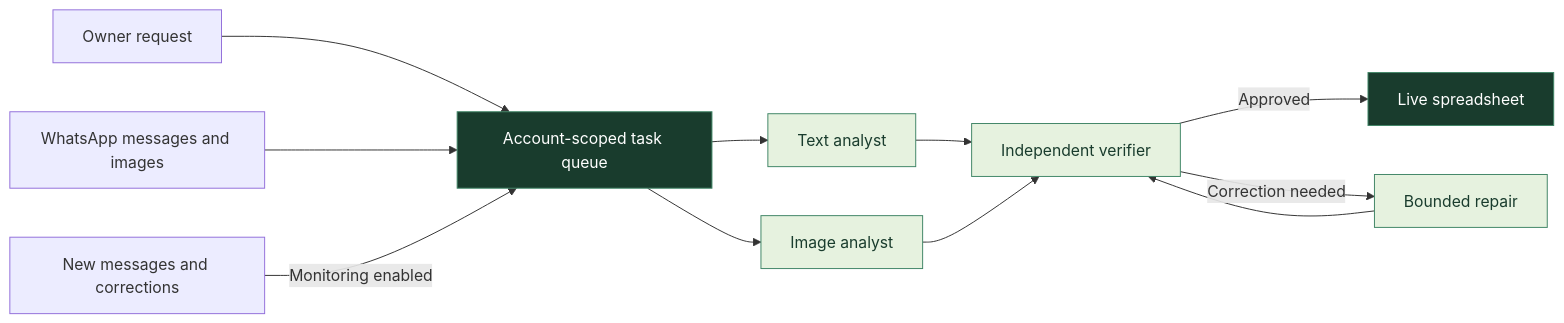
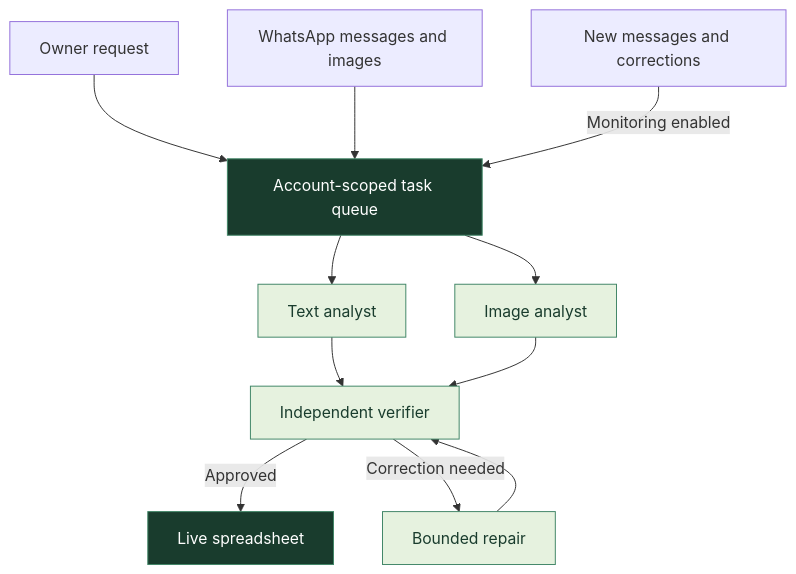
One commit to lownamlee/WABuddy changed the diagram in README.md. Above: the diagram before and after it, drawn with Mermaid.

Commit message:
Improve workflow diagram readability on narrow screens

````diff
--- a/README.md
+++ b/README.md
@@ -112,18 +112,18 @@
 ```mermaid
-flowchart LR
+flowchart TD
     Request[Owner request] --> Queue[Account-scoped task queue]
     History[WhatsApp messages and images] --> Queue
     Queue --> Text[Text analyst]
     Queue --> Image[Image analyst]
     Text --> Verify[Independent verifier]
     Image --> Verify
     Verify -->|Approved| Sheet[Live spreadsheet]
     Verify -->|Correction needed| Repair[Bounded repair]
     Repair --> Verify
     Changes[New messages and corrections] -->|Monitoring enabled| Queue
 
     classDef green fill:#e6f2df,stroke:#418667,color:#193c2d
     classDef dark fill:#193c2d,stroke:#418667,color:#ffffff
     class Text,Image,Verify,Repair green
     class Queue,Sheet dark
 ```
````
